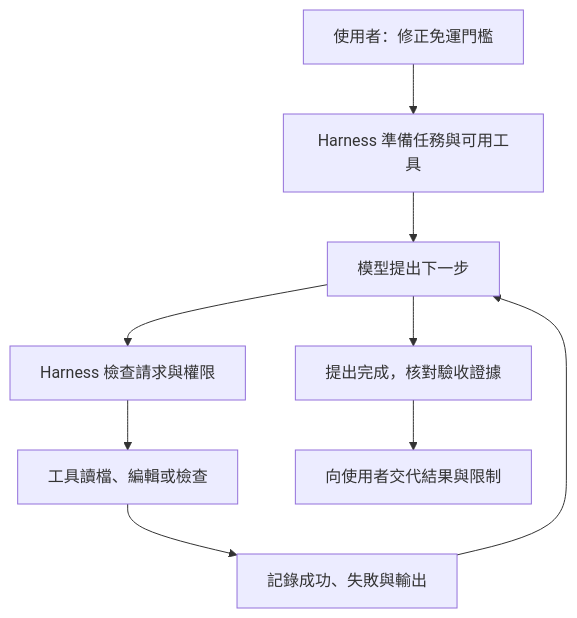
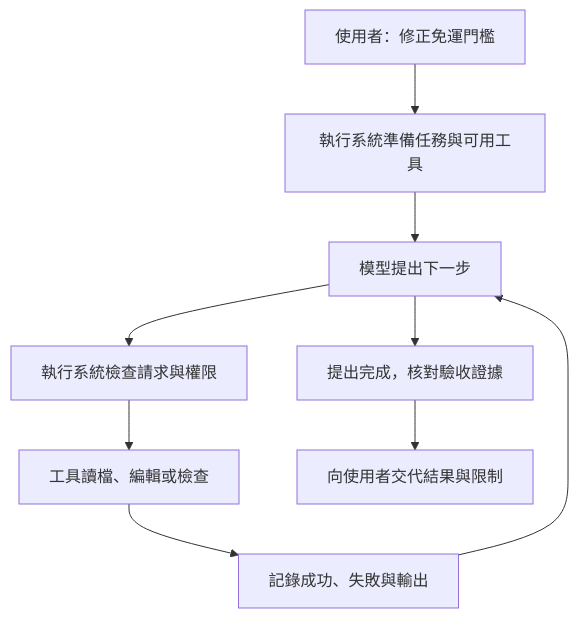
One commit to wizardhsiehcom/book changed the diagram in docs/harness-engineering/01-model-and-harness.md. Above: the diagram before and after it, drawn with Mermaid. The commit also changed other lines of this file and 26 other files, not shown here.

````diff
--- a/docs/harness-engineering/01-model-and-harness.md
+++ b/docs/harness-engineering/01-model-and-harness.md
@@ -32,11 +36,11 @@
 ```mermaid
 flowchart TD
-    U["使用者：修正免運門檻"] --> H["Harness 準備任務與可用工具"]
+    U["使用者：修正免運門檻"] --> H["執行系統準備任務與可用工具"]
     H --> M["模型提出下一步"]
-    M --> P["Harness 檢查請求與權限"]
+    M --> P["執行系統檢查請求與權限"]
     P --> T["工具讀檔、編輯或檢查"]
     T --> O["記錄成功、失敗與輸出"]
     O --> M
     M --> V["提出完成，核對驗收證據"]
     V --> R["向使用者交代結果與限制"]
 ```
````
